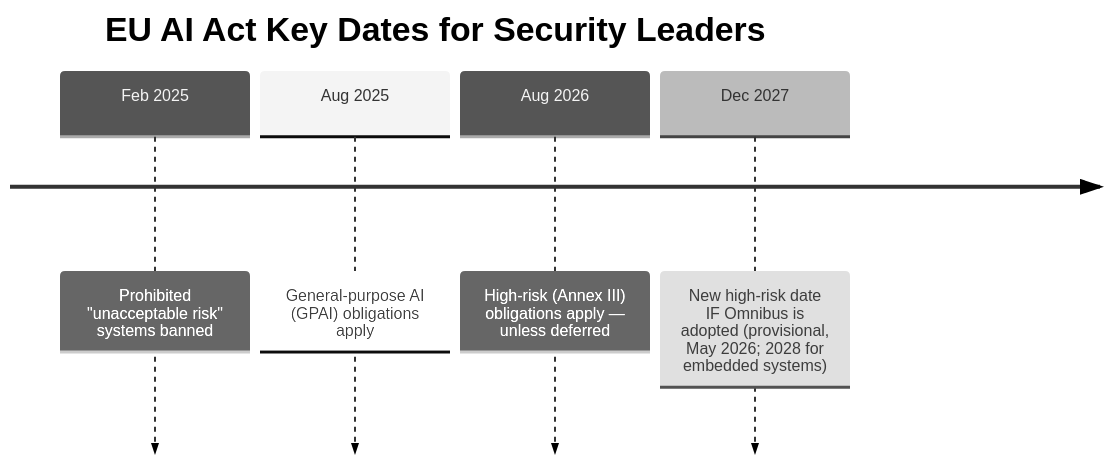
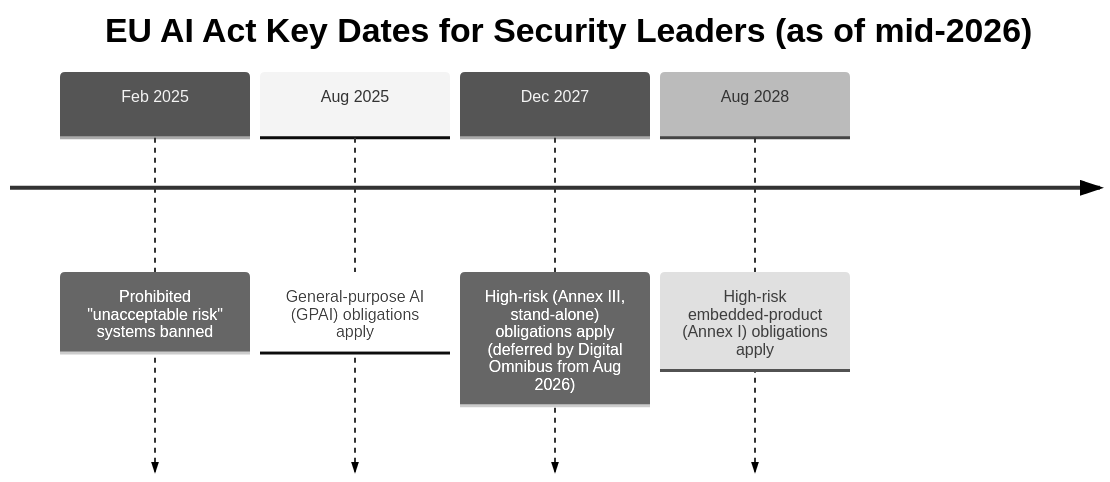
Before and after one commit to depalmar/ai_for_the_win: the fourth of 4 diagrams in docs/guides/ai-for-security-leaders.md, drawn with Mermaid (neutral theme). The commit also changed other lines of this file and 1 other file, not shown here.

First line of the commit message:
Revise AI for Security Leaders guide with updates and corrections (#273)

````diff
--- a/docs/guides/ai-for-security-leaders.md
+++ b/docs/guides/ai-for-security-leaders.md
@@ -327,8 +359,8 @@
 ```mermaid
 timeline
-    title EU AI Act Key Dates for Security Leaders
+    title EU AI Act Key Dates for Security Leaders (as of mid-2026)
     Feb 2025 : Prohibited "unacceptable risk" systems banned
     Aug 2025 : General-purpose AI (GPAI) obligations apply
-    Aug 2026 : High-risk (Annex III) obligations apply — unless deferred
-    Dec 2027 : New high-risk date IF Omnibus is adopted (provisional, May 2026; 2028 for embedded systems)
+    Dec 2027 : High-risk (Annex III, stand-alone) obligations apply (deferred by Digital Omnibus from Aug 2026)
+    Aug 2028 : High-risk embedded-product (Annex I) obligations apply
 ```
````
